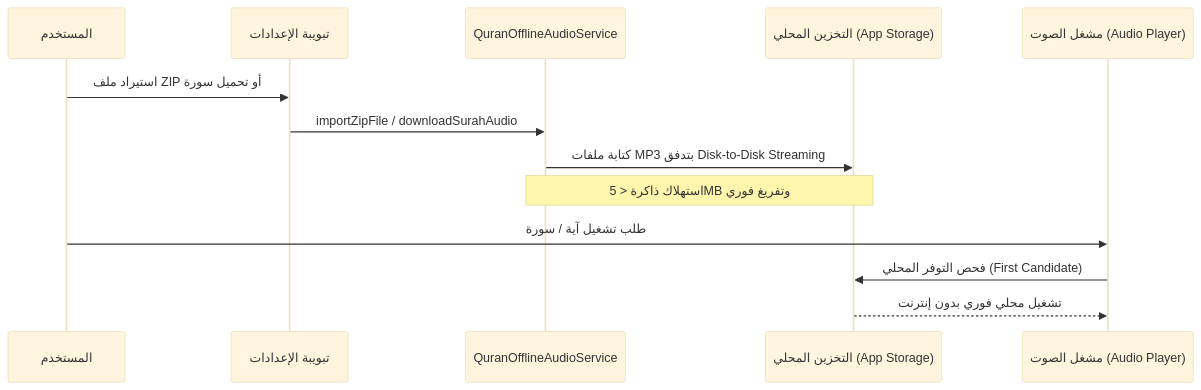
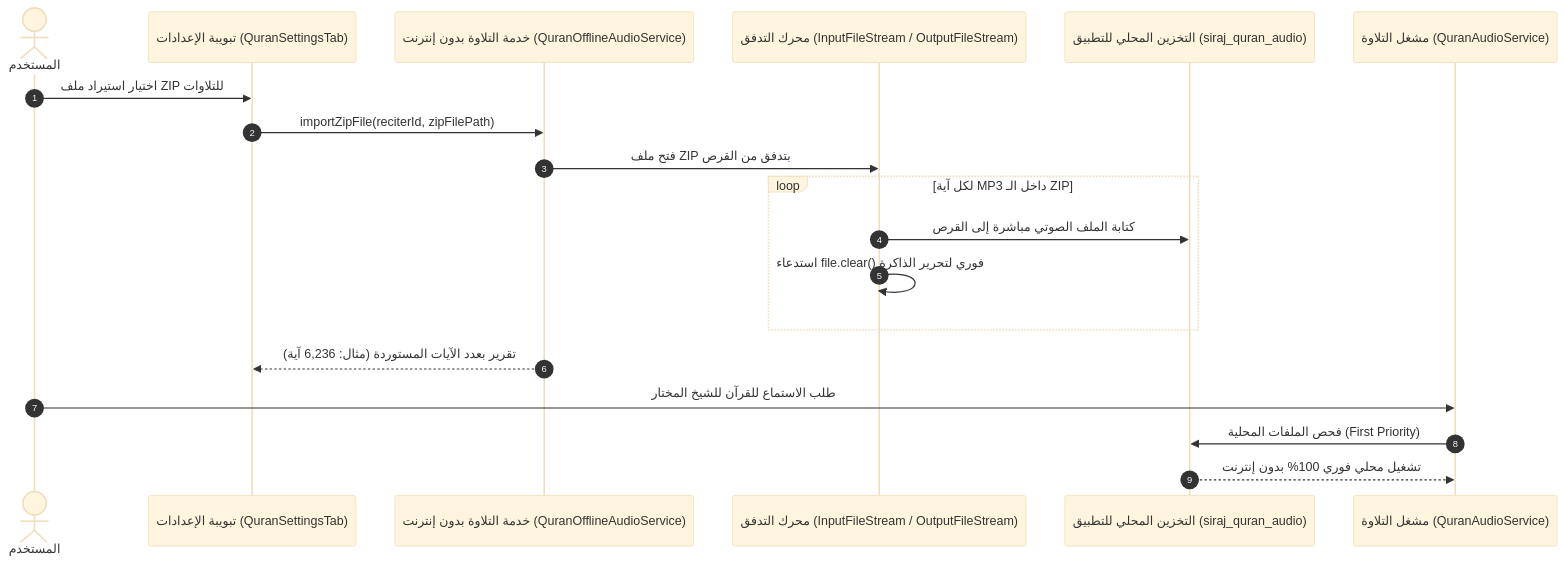
The second of 2 diagrams in docs/01_QURAN_SUBSYSTEM.md (yalaahamdy/SIRAJ), drawn with Mermaid (base theme) before and after one commit. The commit also changed other lines of this file and 6 other files, not shown here.

Commit message:
docs: expand comprehensive architecture and domain documentation suite (6x depth)

````diff
--- a/docs/01_QURAN_SUBSYSTEM.md
+++ b/docs/01_QURAN_SUBSYSTEM.md
@@ -24,16 +67,22 @@
 ```mermaid
 sequenceDiagram
-    participant User as المستخدم
-    participant Settings as تبويبة الإعدادات
-    participant Service as QuranOfflineAudioService
-    participant Disk as التخزين المحلي (App Storage)
-    participant Player as مشغل الصوت (Audio Player)
+    autonumber
+    actor User as المستخدم
+    participant UI as تبويبة الإعدادات (QuranSettingsTab)
+    participant Service as خدمة التلاوة بدون إنترنت (QuranOfflineAudioService)
+    participant ZipEngine as محرك التدفق (InputFileStream / OutputFileStream)
+    participant Storage as التخزين المحلي للتطبيق (siraj_quran_audio)
+    participant Player as مشغل التلاوة (QuranAudioService)
 
-    User->>Settings: استيراد ملف ZIP أو تحميل سورة
-    Settings->>Service: importZipFile / downloadSurahAudio
-    Service->>Disk: كتابة ملفات MP3 بتدفق Disk-to-Disk Streaming
-    Note over Service,Disk: استهلاك ذاكرة < 5MB وتفريغ فوري
-    User->>Player: طلب تشغيل آية / سورة
-    Player->>Disk: فحص التوفر المحلي (First Candidate)
-    Disk-->>Player: تشغيل محلي فوري بدون إنترنت
+    User->>UI: اختيار استيراد ملف ZIP للتلاوات
+    UI->>Service: importZipFile(reciterId, zipFilePath)
+    Service->>ZipEngine: فتح ملف ZIP بتدفق من القرص
+    loop لكل آية MP3 داخل الـ ZIP
+        ZipEngine->>Storage: كتابة الملف الصوتي مباشرة إلى القرص
+        ZipEngine->>ZipEngine: استدعاء file.clear() فوري لتحرير الذاكرة
+    end
+    Service-->>UI: تقرير بعدد الآيات المستوردة (مثال: 6,236 آية)
+    User->>Player: طلب الاستماع للقرآن للشيخ المختار
+    Player->>Storage: فحص الملفات المحلية (First Priority)
+    Storage-->>Player: تشغيل محلي فوري 100% بدون إنترنت
 ```
````
